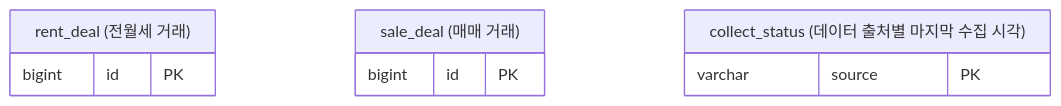
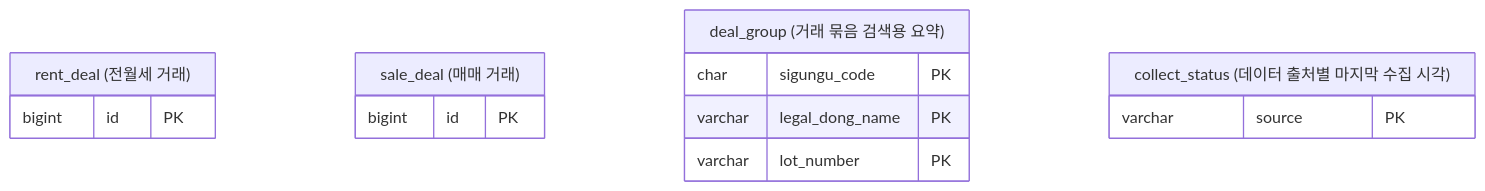
One commit to f-lab-edu/jipsee changed the first of 5 diagrams in docs/erd.md. Above: the diagram before and after it, drawn with Mermaid. The commit also changed other lines of this file and 3 other files, not shown here.

````diff
--- a/docs/erd.md
+++ b/docs/erd.md
@@ -7,12 +7,17 @@
 ```mermaid
 erDiagram
     rent_deal["rent_deal (전월세 거래)"] {
         bigint id PK
     }
     sale_deal["sale_deal (매매 거래)"] {
         bigint id PK
     }
+    deal_group["deal_group (거래 묶음 검색용 요약)"] {
+        char sigungu_code PK
+        varchar legal_dong_name PK
+        varchar lot_number PK
+    }
     collect_status["collect_status (데이터 출처별 마지막 수집 시각)"] {
         varchar source PK
     }
 ```
````
